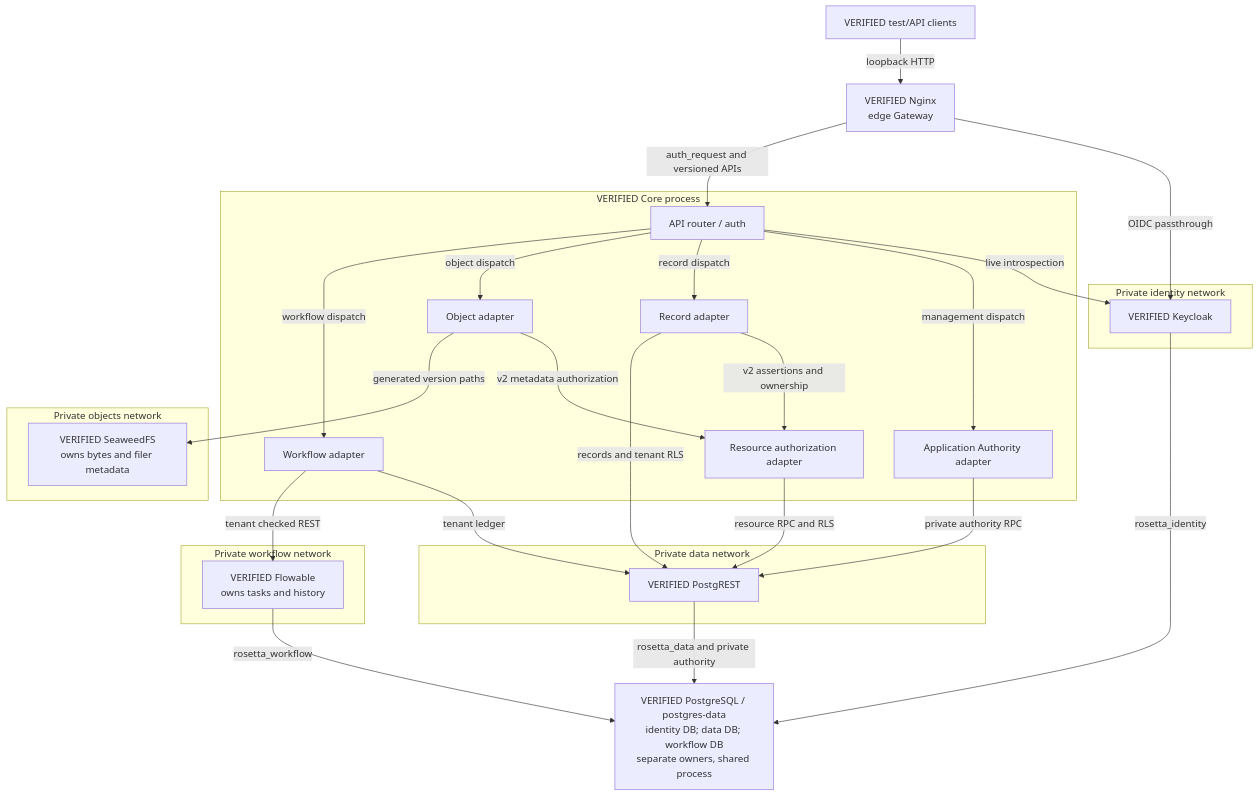
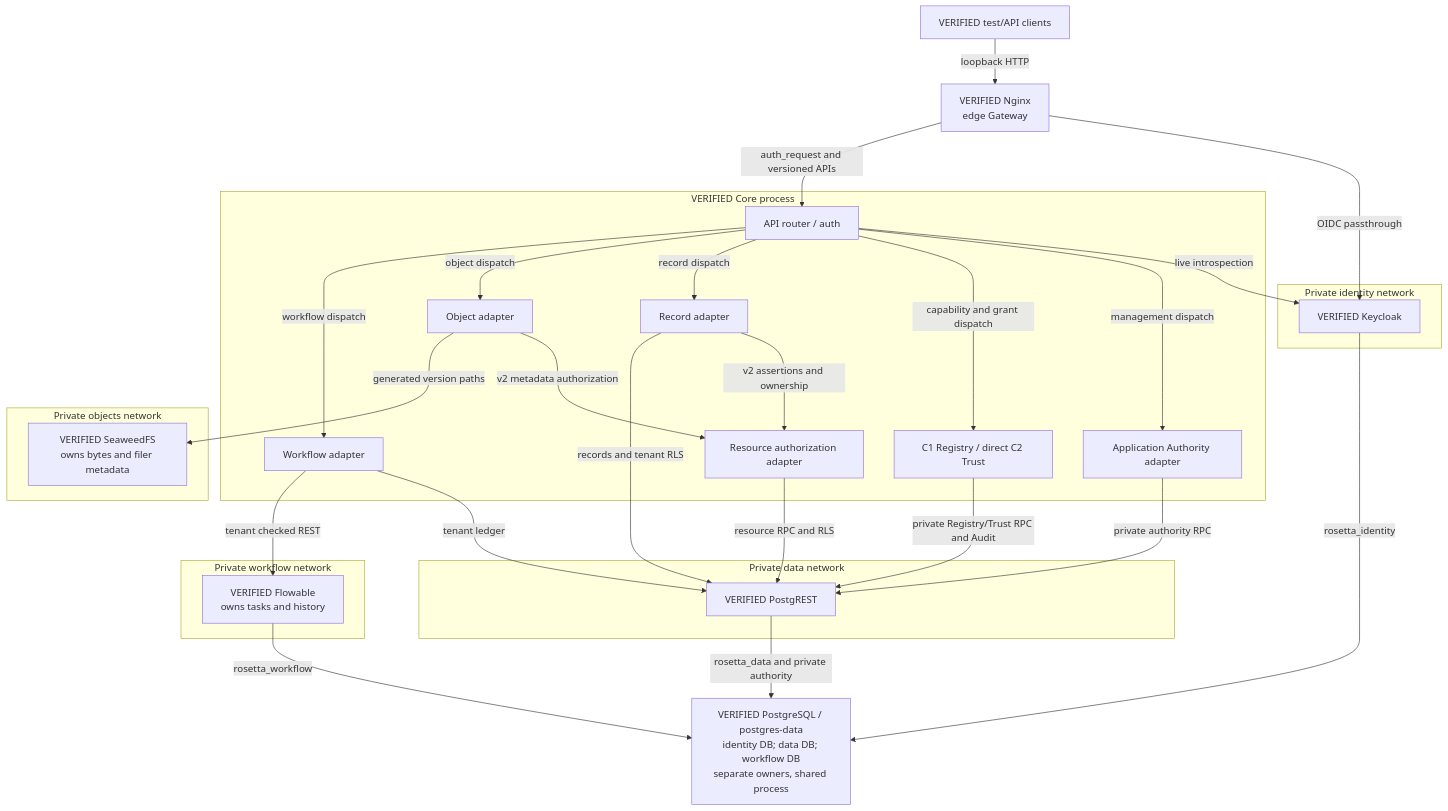
One commit to NHMNDaizoken/Rosetta changed the second of 8 diagrams in docs/architecture/ARCHITECTURE_MAPS.md. Above: the diagram before and after it, drawn with Mermaid. The commit also changed other lines of this file and 25 other files, not shown here.

````diff
--- a/docs/architecture/ARCHITECTURE_MAPS.md
+++ b/docs/architecture/ARCHITECTURE_MAPS.md
@@ -45,43 +49,46 @@
 ```mermaid
 flowchart TB
   TEST["VERIFIED test/API clients"] -->|loopback HTTP| NG["VERIFIED Nginx<br/>edge Gateway"]
   subgraph CORE["VERIFIED Core process"]
     RT["API router / auth"]
     AA["Application Authority adapter"]
     RA["Resource authorization adapter"]
+    CR["C1 Registry / direct C2 Trust"]
     DA["Record adapter"]
     OA["Object adapter"]
     WA["Workflow adapter"]
   end
   subgraph ID["Private identity network"]
     KC["VERIFIED Keycloak"]
   end
   subgraph DN["Private data network"]
     PR["VERIFIED PostgREST"]
   end
   subgraph ON["Private objects network"]
     SW["VERIFIED SeaweedFS<br/>owns bytes and filer metadata"]
   end
   subgraph WN["Private workflow network"]
     FL["VERIFIED Flowable<br/>owns tasks and history"]
   end
   PG["VERIFIED PostgreSQL / postgres-data<br/>identity DB; data DB; workflow DB<br/>separate owners, shared process"]
   NG -->|OIDC passthrough| KC
   NG -->|auth_request and versioned APIs| RT
   RT -->|live introspection| KC
   RT -->|management dispatch| AA
+  RT -->|capability and grant dispatch| CR
+  CR -->|private Registry/Trust RPC and Audit| PR
   RT -->|record dispatch| DA
   RT -->|object dispatch| OA
   RT -->|workflow dispatch| WA
   DA -->|v2 assertions and ownership| RA
   OA -->|v2 metadata authorization| RA
   RA -->|resource RPC and RLS| PR
   AA -->|private authority RPC| PR
   DA -->|records and tenant RLS| PR
   OA -->|generated version paths| SW
   WA -->|tenant ledger| PR
   WA -->|tenant checked REST| FL
   KC -->|rosetta_identity| PG
   PR -->|rosetta_data and private authority| PG
   FL -->|rosetta_workflow| PG
 ```
````
